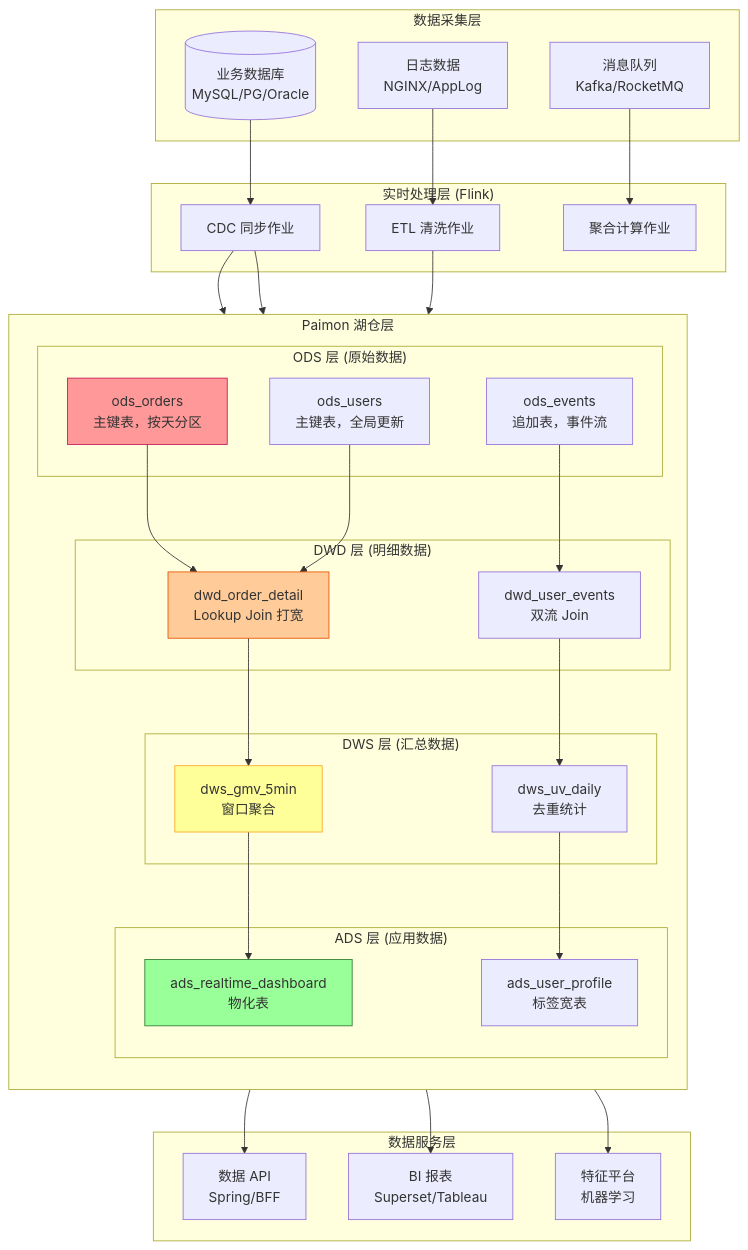
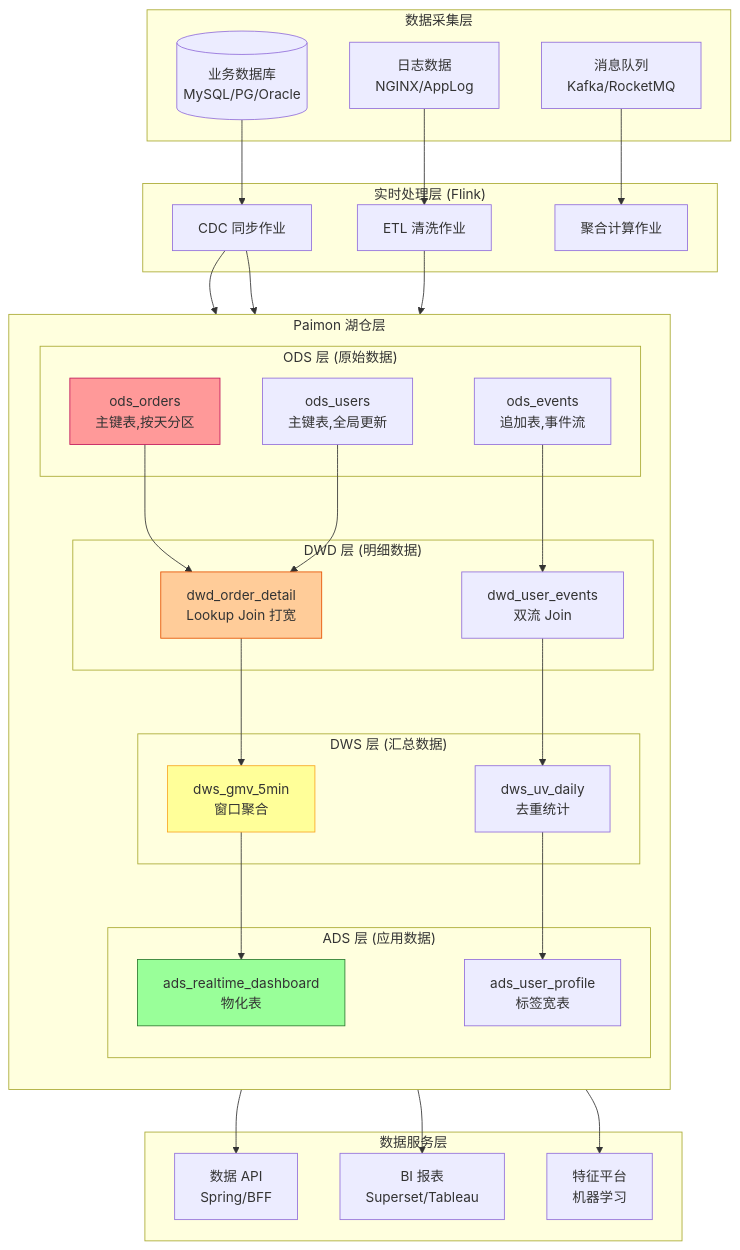
One commit to AdaMartin18010/AnalysisDataFlow changed the fifth of 7 diagrams in Flink/05-ecosystem/05.01-connectors/flink-paimon-integration.md. Above: the diagram before and after it, drawn with Mermaid. The commit also changed other lines of this file and 634 other files, not shown here.

````diff
--- a/Flink/05-ecosystem/05.01-connectors/flink-paimon-integration.md
+++ b/Flink/05-ecosystem/05.01-connectors/flink-paimon-integration.md
@@ -1449,72 +1449,72 @@
 ```mermaid
 graph TB
     subgraph "数据采集层"
         DB[("业务数据库<br/>MySQL/PG/Oracle")]
         LOGS["日志数据<br/>NGINX/AppLog"]
         MQ["消息队列<br/>Kafka/RocketMQ"]
     end
 
     subgraph "实时处理层 (Flink)"
         CDC_JOB["CDC 同步作业"]
         ETL_JOB["ETL 清洗作业"]
         AGG_JOB["聚合计算作业"]
     end
 
     subgraph "Paimon 湖仓层"
         direction TB
 
         subgraph "ODS 层 (原始数据)"
-            ODS1["ods_orders<br/>主键表，按天分区"]
-            ODS2["ods_users<br/>主键表，全局更新"]
-            ODS3["ods_events<br/>追加表，事件流"]
+            ODS1["ods_orders<br/>主键表,按天分区"]
+            ODS2["ods_users<br/>主键表,全局更新"]
+            ODS3["ods_events<br/>追加表,事件流"]
         end
 
         subgraph "DWD 层 (明细数据)"
             DWD1["dwd_order_detail<br/>Lookup Join 打宽"]
             DWD2["dwd_user_events<br/>双流 Join"]
         end
 
         subgraph "DWS 层 (汇总数据)"
             DWS1["dws_gmv_5min<br/>窗口聚合"]
             DWS2["dws_uv_daily<br/>去重统计"]
         end
 
         subgraph "ADS 层 (应用数据)"
             ADS1["ads_realtime_dashboard<br/>物化表"]
             ADS2["ads_user_profile<br/>标签宽表"]
         end
     end
 
     subgraph "数据服务层"
         API["数据 API<br/>Spring/BFF"]
         BI["BI 报表<br/>Superset/Tableau"]
         MLFEAT["特征平台<br/>机器学习"]
     end
 
     DB --> CDC_JOB
     LOGS --> ETL_JOB
     MQ --> AGG_JOB
 
     CDC_JOB --> ODS1
     CDC_JOB --> ODS2
     ETL_JOB --> ODS3
 
     ODS1 --> DWD1
     ODS2 --> DWD1
     ODS3 --> DWD2
 
     DWD1 --> DWS1
     DWD2 --> DWS2
 
     DWS1 --> ADS1
     DWS2 --> ADS2
 
     ADS1 --> API
     ADS1 --> BI
     ADS2 --> MLFEAT
 
     style ODS1 fill:#ff9999,stroke:#c2185b
     style DWD1 fill:#ffcc99,stroke:#e65100
     style DWS1 fill:#ffff99,stroke:#f9a825
     style ADS1 fill:#99ff99,stroke:#2e7d32
 ```
````
